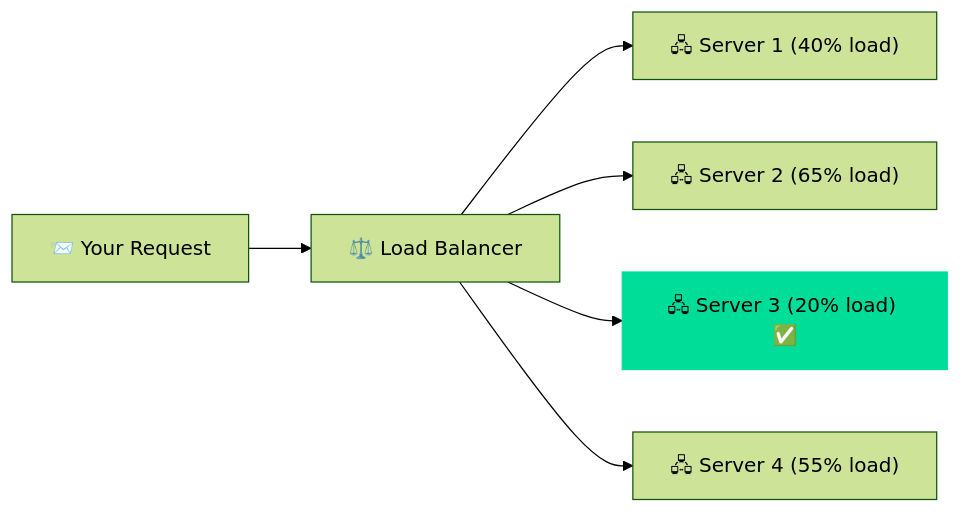
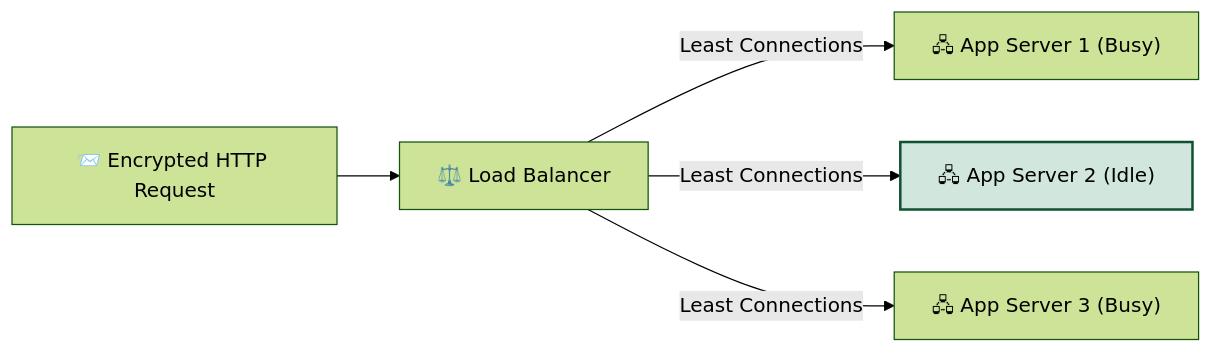
The fifth of 7 diagrams in 01_How_Requests_Travel.md (HarshitN87/Sriniously_backend_notes), drawn with Mermaid (forest theme) before and after one commit. The commit also changed other lines of this file and 26 other files, not shown here.

````diff
--- a/01_How_Requests_Travel.md
+++ b/01_How_Requests_Travel.md
@@ -201,10 +345,9 @@
 ```mermaid
 flowchart LR
-    A["📨 Your Request"] --> LB["⚖️ Load Balancer"]
-    LB --> S1["🖧 Server 1 (40% load)"]
-    LB --> S2["🖧 Server 2 (65% load)"]
-    LB --> S3["🖧 Server 3 (20% load) ✅"]
-    LB --> S4["🖧 Server 4 (55% load)"]
-
-    style S3 fill:#0d9,stroke:#0d9
+    Request["📨 Encrypted HTTP Request"] --> LB["⚖️ Load Balancer"]
+    LB -->|Least Connections| S1["🖧 App Server 1 (Busy)"]
+    LB -->|Least Connections| S2["🖧 App Server 2 (Idle)"]
+    LB -->|Least Connections| S3["🖧 App Server 3 (Busy)"]
+    
+    style S2 fill:#d1e7dd,stroke:#0f5132,stroke-width:2
 ```
````
